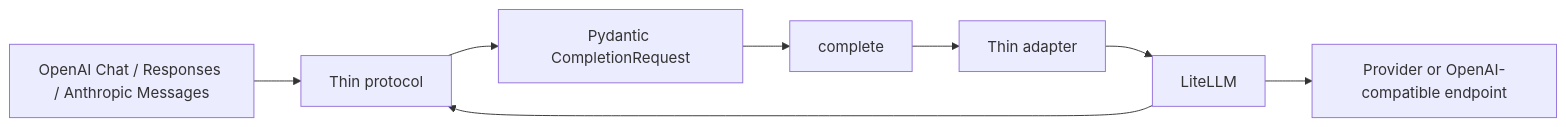
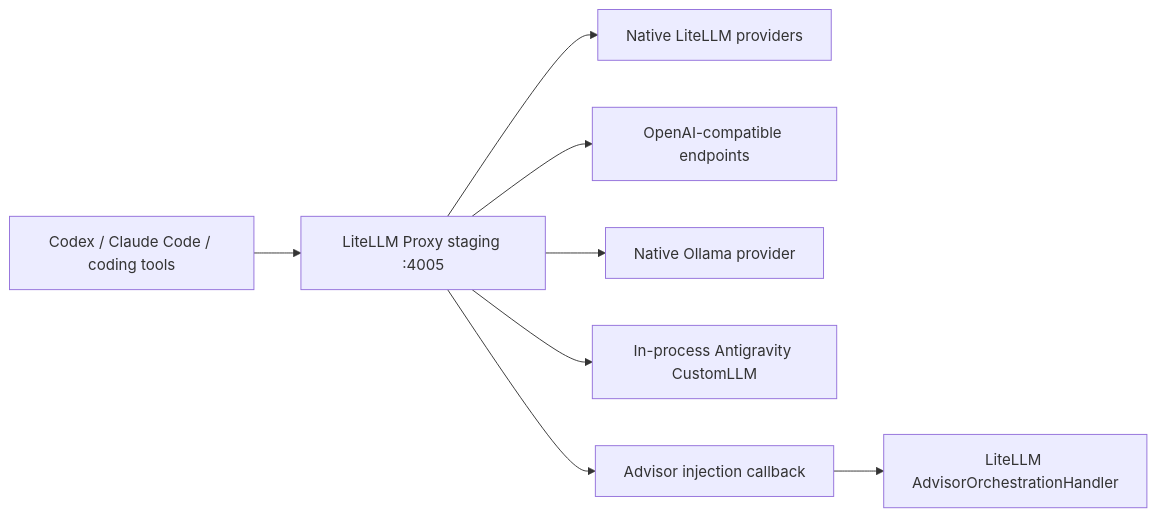
The diagram in docs/architecture.md (stancsz/subroute), drawn with Mermaid before and after one commit. The commit also changed other lines of this file and 26 other files, not shown here.

Commit message:
refactor: consolidate into single-process native LiteLLM architecture

````diff
--- a/docs/architecture.md
+++ b/docs/architecture.md
@@ -3,10 +3,10 @@
 ```mermaid
 flowchart LR
-    Wire[OpenAI Chat / Responses / Anthropic Messages] --> Protocol[Thin protocol]
-    Protocol --> Request[Pydantic CompletionRequest]
-    Request --> Kernel[complete]
-    Kernel --> Adapter[Thin adapter]
-    Adapter --> LiteLLM
-    LiteLLM --> Providers[Provider or OpenAI-compatible endpoint]
-    LiteLLM --> Protocol
+    Clients[Codex / Claude Code / coding tools] --> Proxy[LiteLLM Proxy staging :4005]
+    Proxy --> Native[Native LiteLLM providers]
+    Proxy --> Compatible[OpenAI-compatible endpoints]
+    Proxy --> Ollama[Native Ollama provider]
+    Proxy --> Antigravity[In-process Antigravity CustomLLM]
+    Proxy --> Advisor[Advisor injection callback]
+    Advisor --> BuiltIn[LiteLLM AdvisorOrchestrationHandler]
 ```
````
